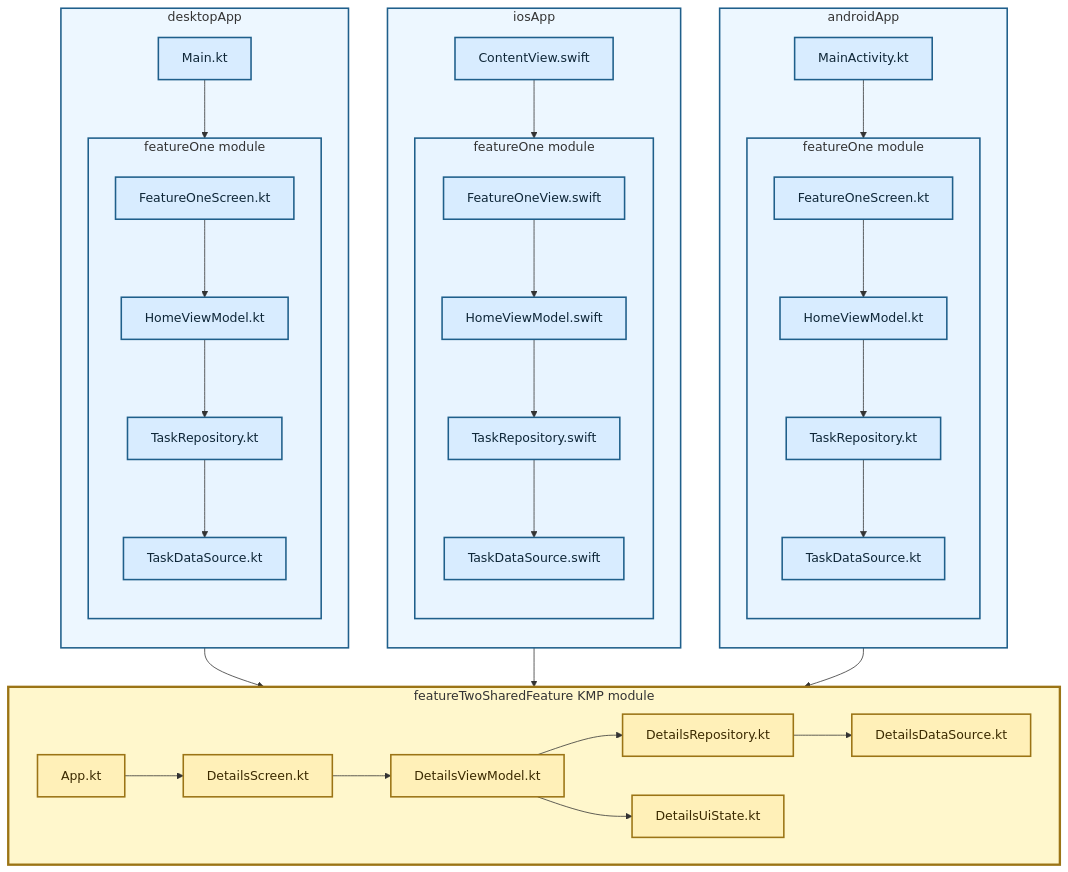
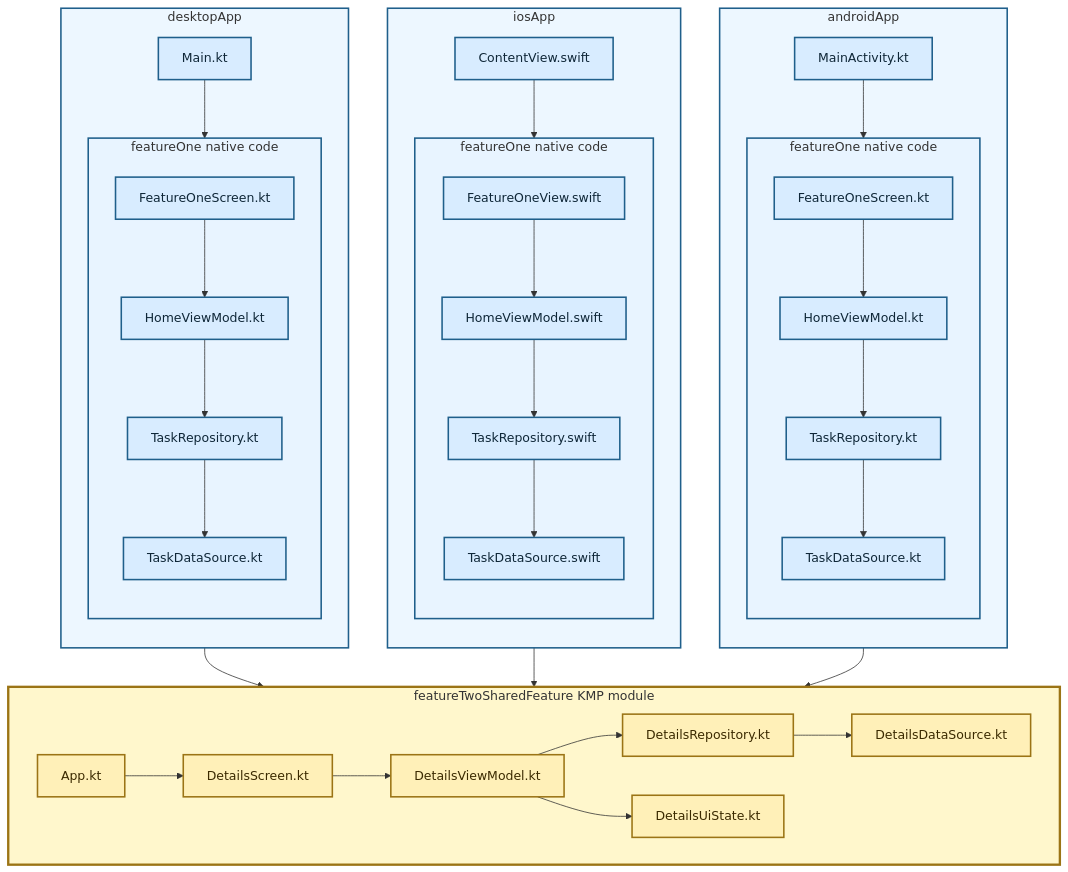
The diagram in diagrams/14-modular-kmp-shared-feature.md (TheSetox/kmp-sample-diagrams), drawn with Mermaid before and after one commit. The commit also changed other lines of this file and 65 other files, not shown here.

Commit message:
feat: publish Mermaid diagram images

````diff
--- a/diagrams/14-modular-kmp-shared-feature.md
+++ b/diagrams/14-modular-kmp-shared-feature.md
@@ -5,72 +5,72 @@
 ```mermaid
 flowchart TB
   subgraph Android["androidApp"]
     direction TB
     AEntry["MainActivity.kt"]
-    subgraph AFeatureOne["featureOne module"]
+    subgraph AFeatureOne["featureOne native code"]
       direction TB
       AHomeUI["FeatureOneScreen.kt"]
       AHomeVM["HomeViewModel.kt"]
       ATaskRepository["TaskRepository.kt"]
       ATaskDataSource["TaskDataSource.kt"]
       AHomeUI --> AHomeVM --> ATaskRepository --> ATaskDataSource
     end
     AEntry --> AHomeUI
   end
 
   subgraph IOS["iosApp"]
     direction TB
     IEntry["ContentView.swift"]
-    subgraph IFeatureOne["featureOne module"]
+    subgraph IFeatureOne["featureOne native code"]
       direction TB
       IHomeUI["FeatureOneView.swift"]
       IHomeVM["HomeViewModel.swift"]
       ITaskRepository["TaskRepository.swift"]
       ITaskDataSource["TaskDataSource.swift"]
       IHomeUI --> IHomeVM --> ITaskRepository --> ITaskDataSource
     end
     IEntry --> IHomeUI
   end
 
   subgraph Desktop["desktopApp"]
     direction TB
     DEntry["Main.kt"]
-    subgraph DFeatureOne["featureOne module"]
+    subgraph DFeatureOne["featureOne native code"]
       direction TB
       DHomeUI["FeatureOneScreen.kt"]
       DHomeVM["HomeViewModel.kt"]
       DTaskRepository["TaskRepository.kt"]
       DTaskDataSource["TaskDataSource.kt"]
       DHomeUI --> DHomeVM --> DTaskRepository --> DTaskDataSource
     end
     DEntry --> DHomeUI
   end
 
   subgraph KMP["featureTwoSharedFeature KMP module"]
     direction LR
     App["App.kt"]
     Screen["DetailsScreen.kt"]
     State["DetailsUiState.kt"]
     VM["DetailsViewModel.kt"]
     Repository["DetailsRepository.kt"]
     DataSource["DetailsDataSource.kt"]
     App --> Screen --> VM --> Repository --> DataSource
     VM --> State
   end
 
   AEntry --> App
   IEntry --> App
   DEntry --> App
 
   classDef app fill:#d8ecff,stroke:#1f5f8b,color:#0f2738,stroke-width:2px;
   classDef kmp fill:#fff0b8,stroke:#9b7415,color:#3b2a00,stroke-width:2px;
   class AEntry,AHomeUI,AHomeVM,ATaskRepository,ATaskDataSource,IEntry,IHomeUI,IHomeVM,ITaskRepository,ITaskDataSource,DEntry,DHomeUI,DHomeVM,DTaskRepository,DTaskDataSource app;
   class App,Screen,State,VM,Repository,DataSource kmp;
   style Android fill:#edf7ff,stroke:#1f5f8b,stroke-width:2px
   style IOS fill:#edf7ff,stroke:#1f5f8b,stroke-width:2px
   style Desktop fill:#edf7ff,stroke:#1f5f8b,stroke-width:2px
   style AFeatureOne fill:#e8f4ff,stroke:#1f5f8b,stroke-width:2px
   style IFeatureOne fill:#e8f4ff,stroke:#1f5f8b,stroke-width:2px
   style DFeatureOne fill:#e8f4ff,stroke:#1f5f8b,stroke-width:2px
   style KMP fill:#fff7cc,stroke:#9b7415,stroke-width:3px
 ```
````
